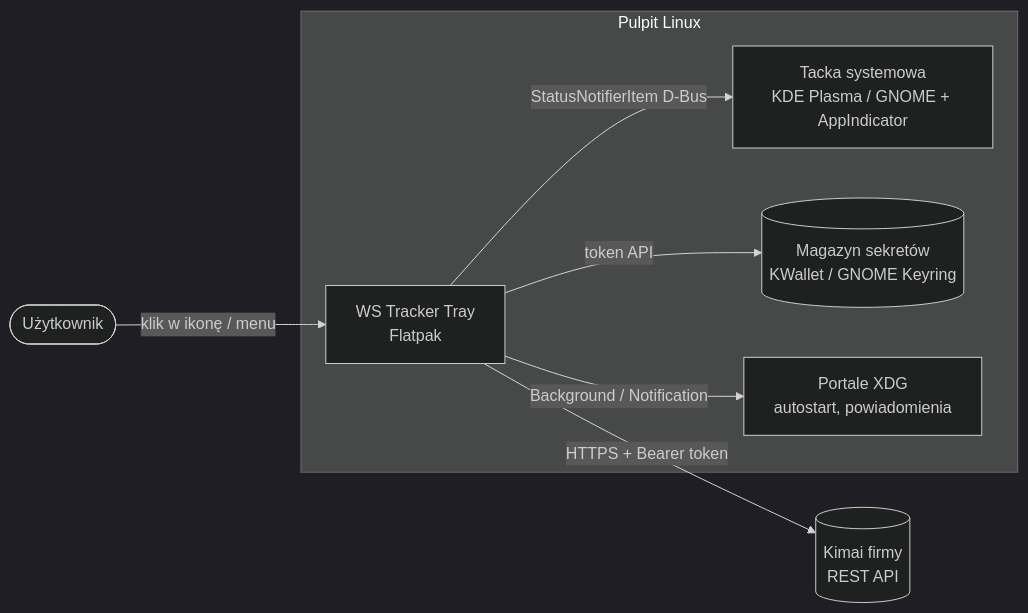
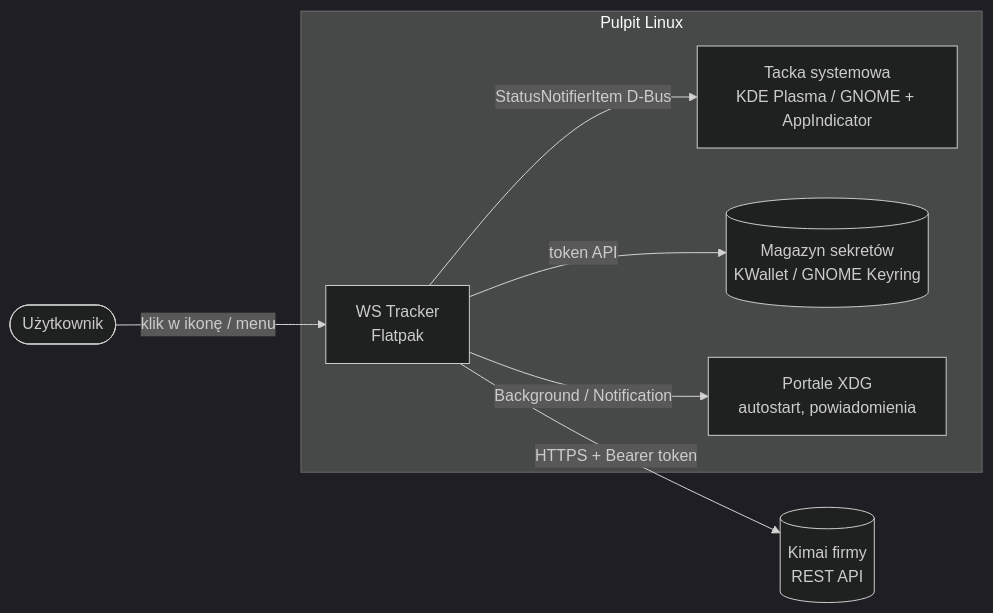
The diagram in docs/architektura/przeglad.md (DragonKing026/DK-Tracker-Linux), drawn with Mermaid (dark theme) before and after one commit. The commit also changed 15 other files, not shown here.

````diff
--- a/docs/architektura/przeglad.md
+++ b/docs/architektura/przeglad.md
@@ -37,14 +37,14 @@
 ```mermaid
 flowchart LR
     U([Użytkownik]) -- klik w ikonę / menu --> APP
     subgraph Pulpit Linux
         TRAY[Tacka systemowa<br/>KDE Plasma / GNOME + AppIndicator]
-        APP[WS Tracker Tray<br/>Flatpak]
+        APP[WS Tracker<br/>Flatpak]
         SEC[(Magazyn sekretów<br/>KWallet / GNOME Keyring)]
         PORT[Portale XDG<br/>autostart, powiadomienia]
     end
     APP -- StatusNotifierItem D-Bus --> TRAY
     APP -- token API --> SEC
     APP -- Background / Notification --> PORT
     APP -- HTTPS + Bearer token --> KIMAI[(Kimai firmy<br/>REST API)]
 ```
````
